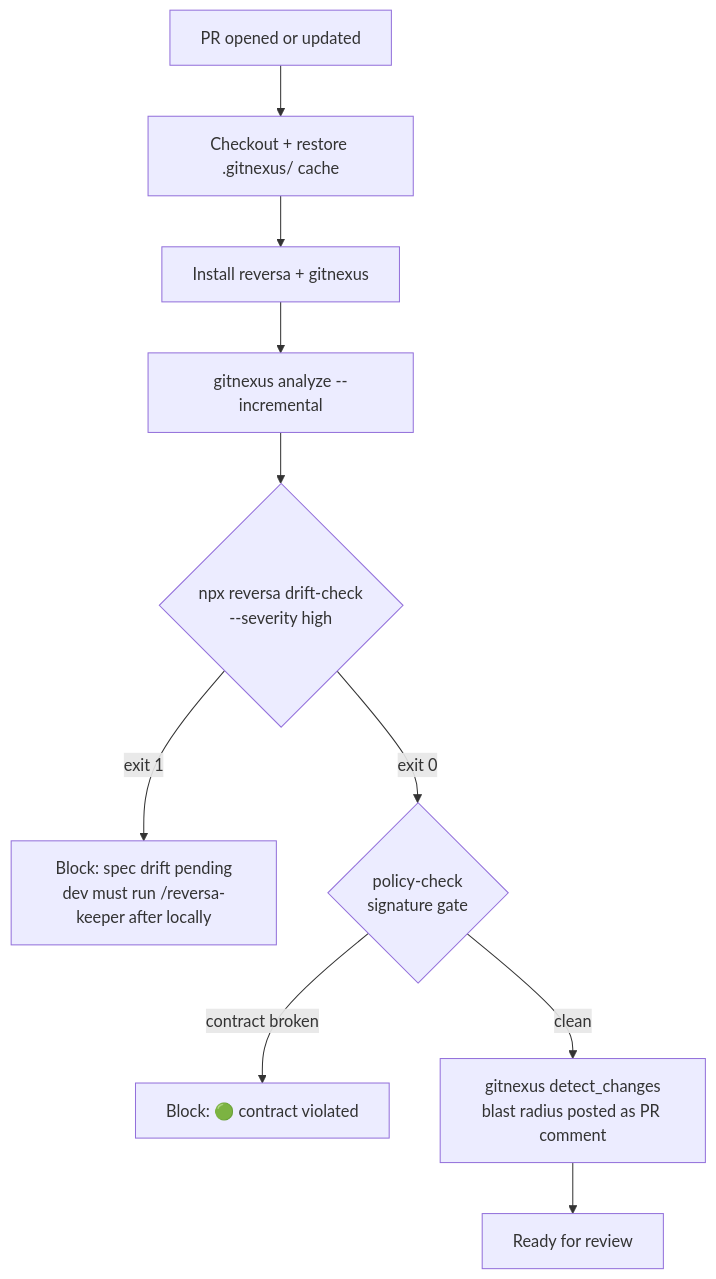
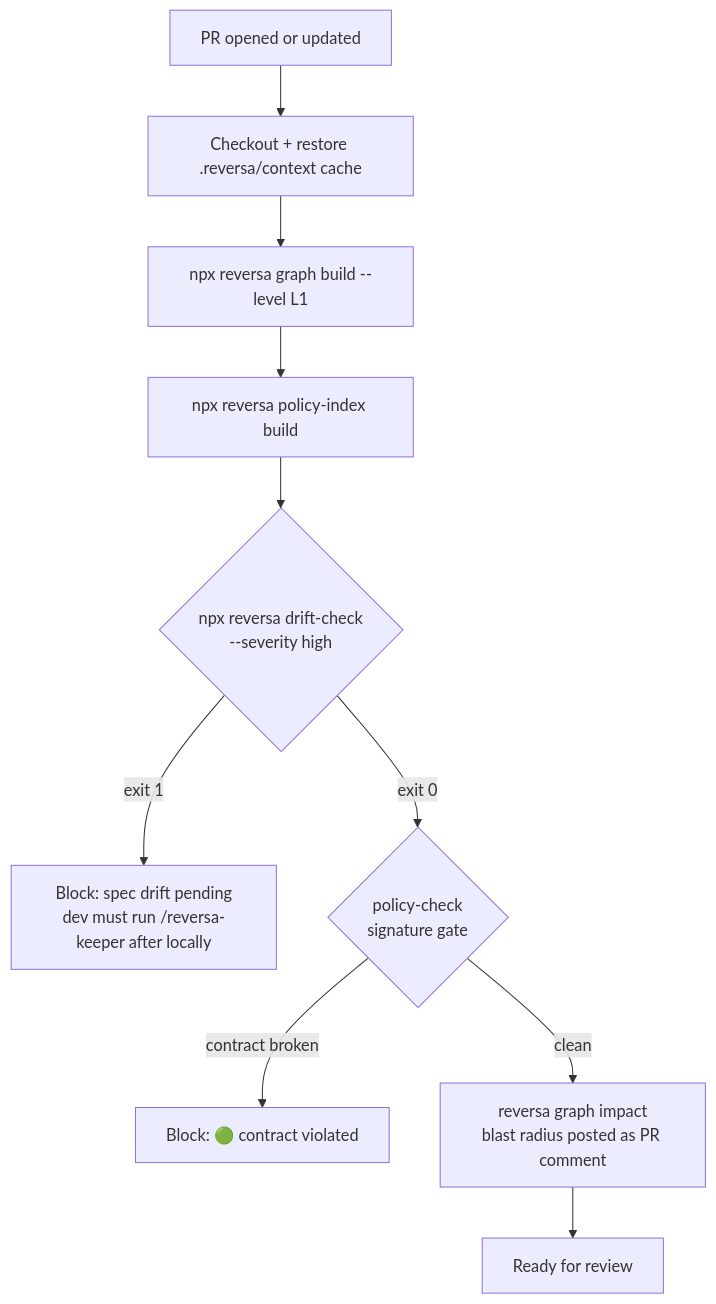
One commit to Wellbrito29/Aegis changed the diagram in README.md. Above: the diagram before and after it, drawn with Mermaid. The commit also changed other lines of this file and 1 other file, not shown here.

````diff
--- a/README.md
+++ b/README.md
@@ -282,12 +303,12 @@
 ```mermaid
 flowchart TD
-    PR[PR opened or updated] --> CO[Checkout + restore .gitnexus/ cache]
-    CO --> INS[Install reversa + gitnexus]
-    INS --> IDX[gitnexus analyze --incremental]
+    PR[PR opened or updated] --> CO[Checkout + restore .reversa/context cache]
+    CO --> GRAPH[npx reversa graph build --level L1]
+    GRAPH --> IDX[npx reversa policy-index build]
     IDX --> DRIFT{npx reversa drift-check<br/>--severity high}
     DRIFT -->|exit 1| BLOCK1[Block: spec drift pending<br/>dev must run /reversa-keeper after locally]
     DRIFT -->|exit 0| POLICY{policy-check<br/>signature gate}
     POLICY -->|contract broken| BLOCK2[Block: 🟢 contract violated]
-    POLICY -->|clean| IMPACT[gitnexus detect_changes<br/>blast radius posted as PR comment]
+    POLICY -->|clean| IMPACT[reversa graph impact<br/>blast radius posted as PR comment]
     IMPACT --> PASS[Ready for review]
 ```
````
